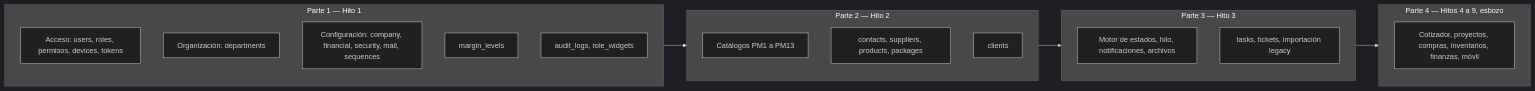
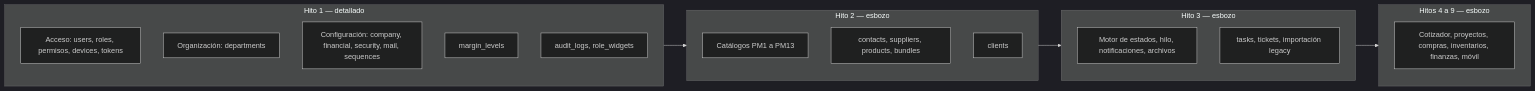
One commit to rudypalacios/soltec changed the diagram in docs/arquitectura/erd/README.md. Above: the diagram before and after it, drawn with Mermaid (dark theme). The commit also changed other lines of this file and 2 other files, not shown here.

First line of the commit message:
ERD: esbozo de los hitos 2 a 9; el detalle de cada hito se hace al planearlo (#18)

````diff
--- a/docs/arquitectura/erd/README.md
+++ b/docs/arquitectura/erd/README.md
@@ -54,23 +52,23 @@
 ```mermaid
 flowchart LR
-    subgraph H1[Parte 1 — Hito 1]
+    subgraph H1[Hito 1 — detallado]
         A[Acceso: users, roles, permisos, devices, tokens]
         O[Organización: departments]
         C[Configuración: company, financial, security, mail, sequences]
         M[margin_levels]
         U[audit_logs, role_widgets]
     end
-    subgraph H2[Parte 2 — Hito 2]
+    subgraph H2[Hito 2 — esbozo]
         K[Catálogos PM1 a PM13]
-        P[contacts, suppliers, products, packages]
+        P[contacts, suppliers, products, bundles]
         L[clients]
     end
-    subgraph H3[Parte 3 — Hito 3]
+    subgraph H3[Hito 3 — esbozo]
         S[Motor de estados, hilo, notificaciones, archivos]
         T[tasks, tickets, importación legacy]
     end
-    subgraph H49[Parte 4 — Hitos 4 a 9, esbozo]
+    subgraph H49[Hitos 4 a 9 — esbozo]
         Q[Cotizador, proyectos, compras, inventarios, finanzas, móvil]
     end
     H1 --> H2 --> H3 --> H49
 ```
````
